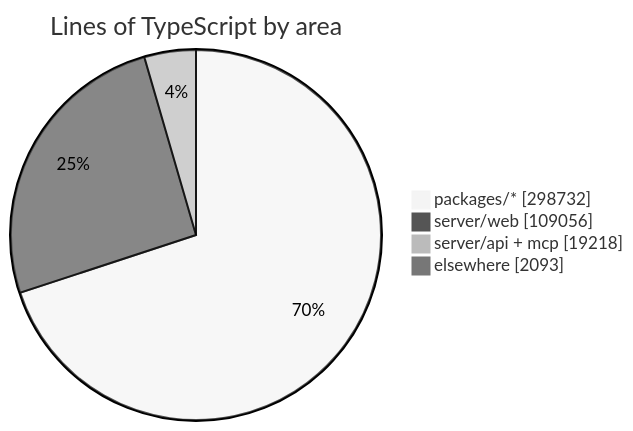
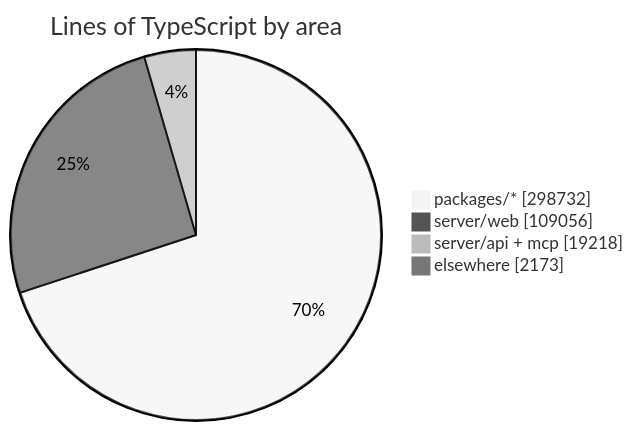
One commit to crossworks-engineering/mantle changed the diagram in README.md. Above: the diagram before and after it, drawn with Mermaid (neutral theme). The commit also changed other lines of this file and 2 other files, not shown here.

````diff
--- a/README.md
+++ b/README.md
@@ -294,7 +294,7 @@
 ```mermaid
 pie showData title Lines of TypeScript by area
     "packages/*" : 298732
     "server/web" : 109056
     "server/api + mcp" : 19218
-    "elsewhere" : 2093
+    "elsewhere" : 2173
 ```
````
